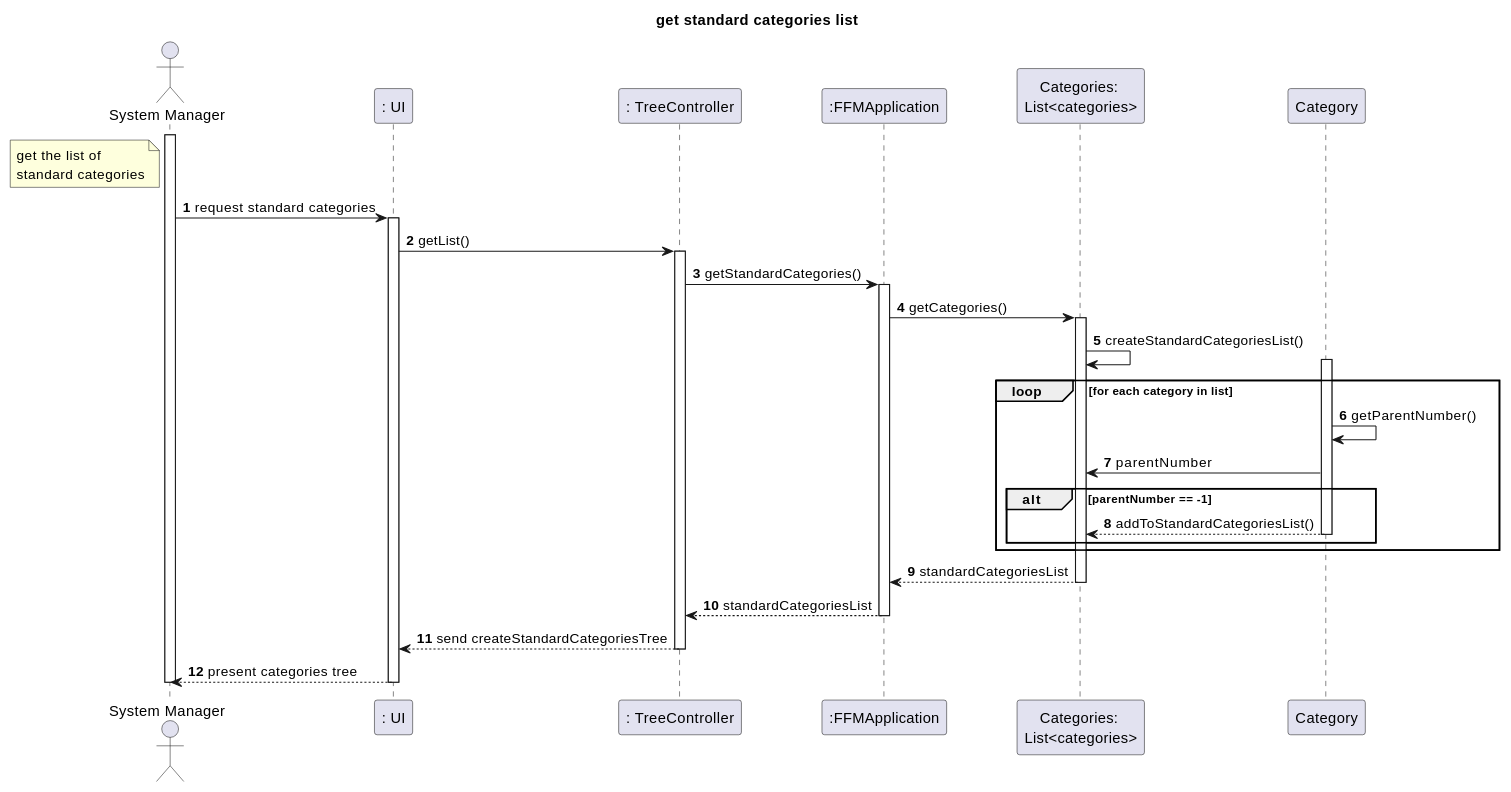
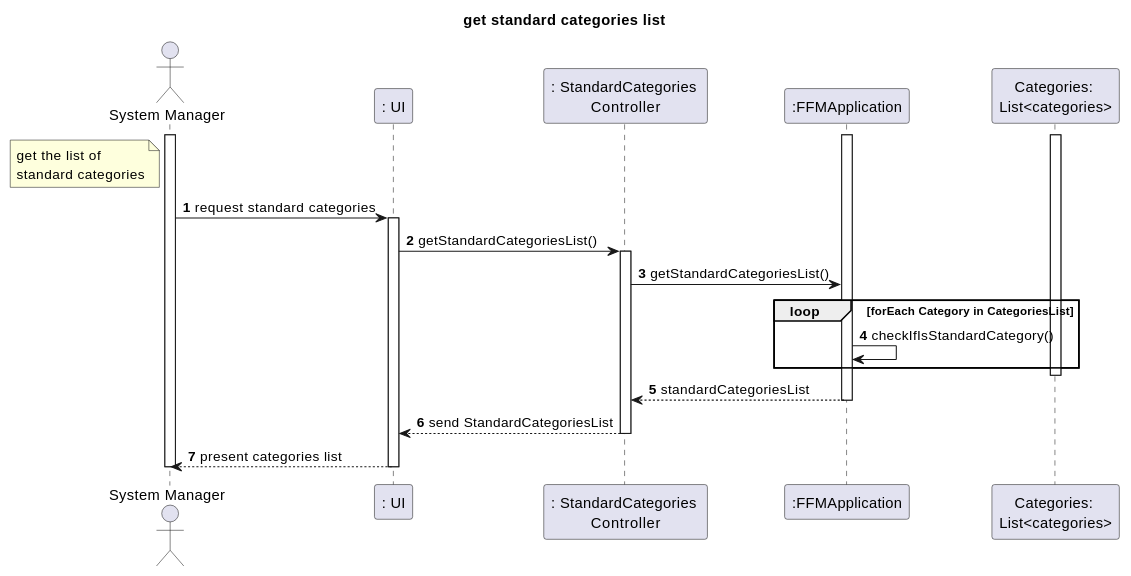
One commit to tomas-osswald/switch_2020_g3 changed the diagram in docs/Get Standard Categories US002.md. Above: the diagram before and after it, drawn with PlantUML. The commit also changed other lines of this file and 8 other files, not shown here.

`````diff
--- a/docs/Get Standard Categories US002.md
+++ b/docs/Get Standard Categories US002.md
@@ -38,40 +38,34 @@
 ````puml
 autonumber
 title get standard categories list
 actor "System Manager" as systemManager
 participant ": UI" as ui
-participant ": TreeController" as controller
+participant ": StandardCategories \nController" as controller
 participant ":FFMApplication" as app
 participant "Categories: \nList<categories>" as list
-participant "Category" as category
+
 note left of systemManager:  get the list of \nstandard categories
 activate systemManager
 systemManager -> ui : request standard categories
 activate ui
-ui -> controller : getList()
+ui -> controller : getStandardCategoriesList()
 activate controller
-controller -> app : getStandardCategories()
+controller -> app : getStandardCategoriesList()
+loop forEach Category in CategoriesList
+app -> app : checkIfIsStandardCategory()
+end
 activate app
-app -> list : getCategories()
+
 activate list
-list -> list : createStandardCategoriesList()
-loop for each category in list
-activate category
-         category -> category: getParentNumber()
-         category -> list : parentNumber
-         alt parentNumber == -1
-         category --> list : addToStandardCategoriesList()
-         deactivate category
-        end
-       end
-list --> app : standardCategoriesList
+
+
 deactivate list
 app --> controller : standardCategoriesList
 deactivate app
-controller --> ui :send createStandardCategoriesTree
+controller --> ui :send StandardCategoriesList
 deactivate controller
-ui --> systemManager : present categories tree
+ui --> systemManager : present categories list
 deactivate ui
 deactivate systemManager
 @enduml
 ````
`````
